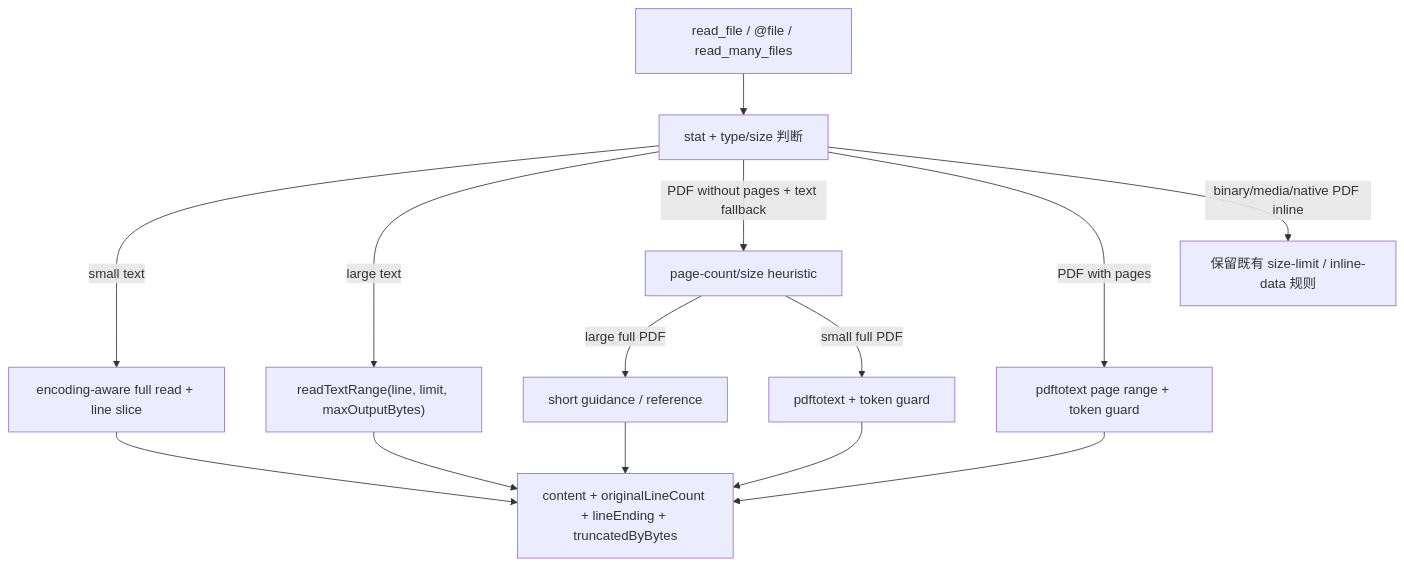
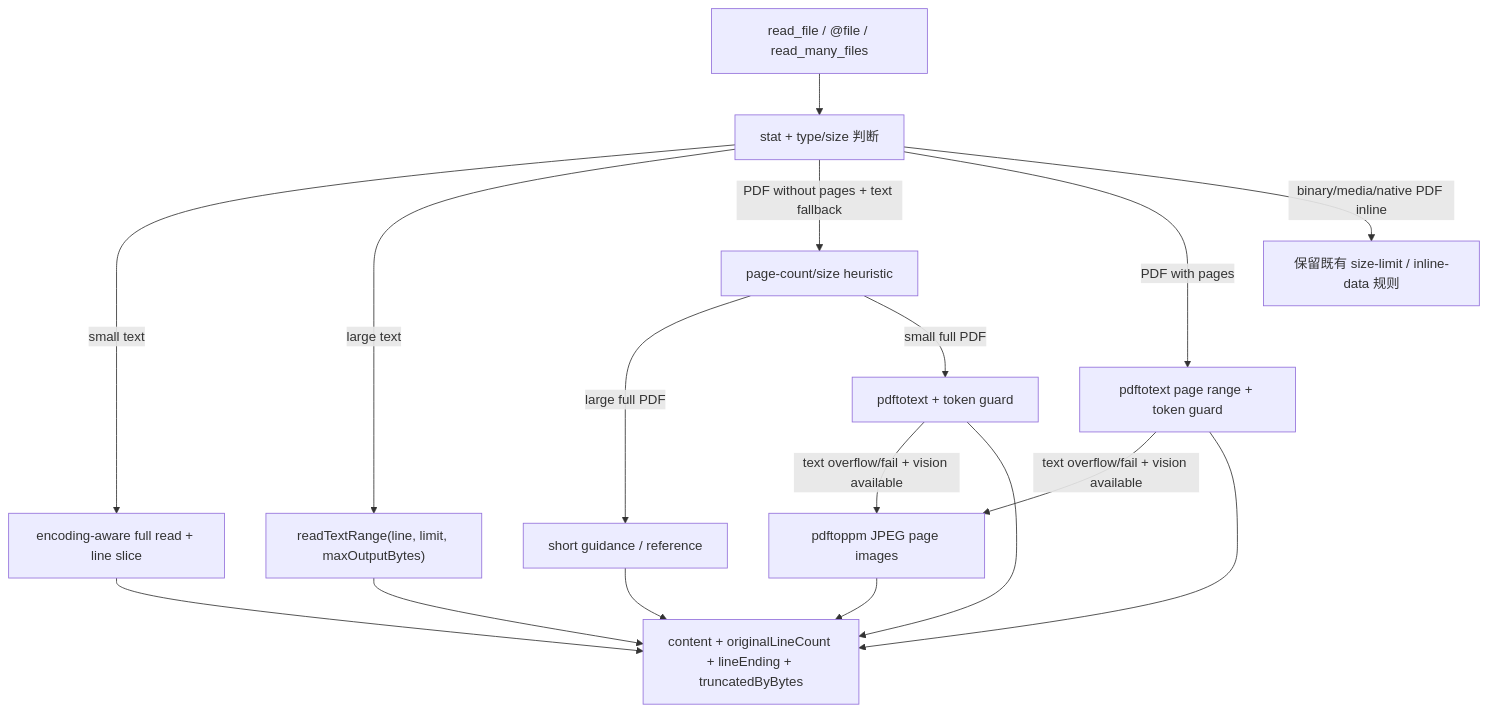
One commit to doudouOUC/code_agent changed the diagram in qwen-code/feature/file-reading.md. Above: the diagram before and after it, drawn with Mermaid. The commit also changed other lines of this file and 18 other files, not shown here.

````diff
--- a/qwen-code/feature/file-reading.md
+++ b/qwen-code/feature/file-reading.md
@@ -29,16 +31,19 @@
 ```mermaid
 flowchart TD
     REQ["read_file / @file / read_many_files"] --> STAT["stat + type/size 判断"]
     STAT -->|"small text"| SMALL["encoding-aware full read + line slice"]
     STAT -->|"large text"| RANGE["readTextRange(line, limit, maxOutputBytes)"]
     STAT -->|"PDF without pages + text fallback"| PDFGATE["page-count/size heuristic"]
     PDFGATE -->|"large full PDF"| GUIDANCE["short guidance / reference"]
     PDFGATE -->|"small full PDF"| PDFTEXT["pdftotext + token guard"]
     STAT -->|"PDF with pages"| PDFPAGE["pdftotext page range + token guard"]
+    PDFTEXT -->|"text overflow/fail + vision available"| PDFIMG["pdftoppm JPEG page images"]
+    PDFPAGE -->|"text overflow/fail + vision available"| PDFIMG
     STAT -->|"binary/media/native PDF inline"| LIMIT["保留既有 size-limit / inline-data 规则"]
     RANGE --> META["content + originalLineCount + lineEnding + truncatedByBytes"]
     SMALL --> META
     PDFTEXT --> META
     PDFPAGE --> META
+    PDFIMG --> META
     GUIDANCE --> META
 ```
````
